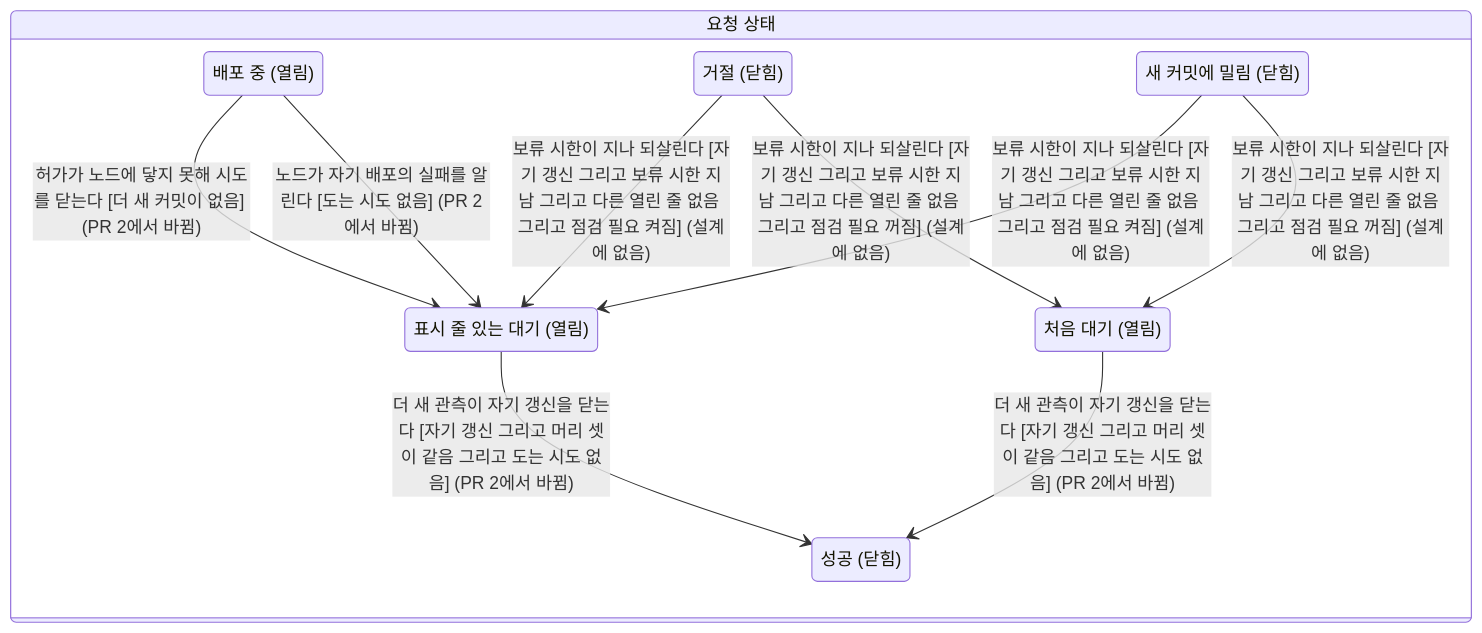
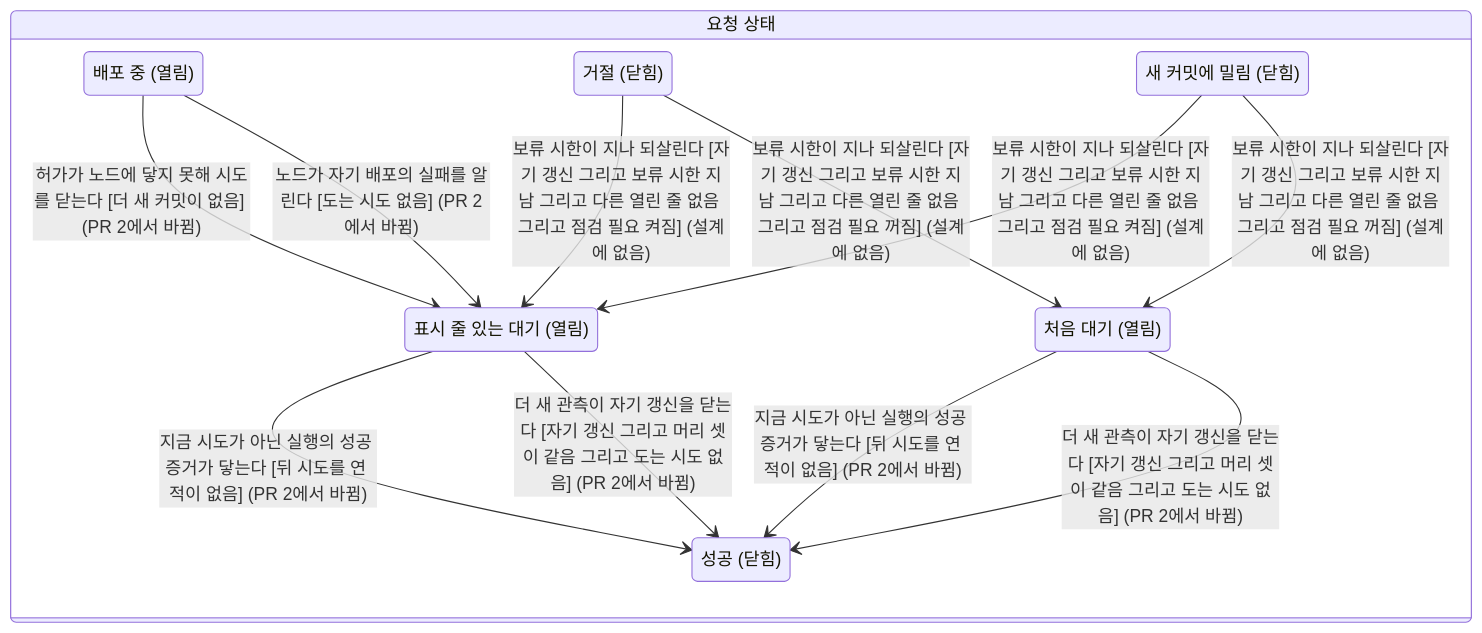
The diagram in docs/deploy-state/generated/request-divergence.mmd (eiaserinnys/Haniel), drawn with Mermaid before and after one commit. The commit also changed 41 other files, not shown here.

```diff
--- a/docs/deploy-state/generated/request-divergence.mmd
+++ b/docs/deploy-state/generated/request-divergence.mmd
@@ -1,20 +1,22 @@
 stateDiagram-v2
     direction TB
     classDef breaks fill:#ffecee,stroke:#e72e3b
     classDef notInDesign fill:#fff3e6,stroke:#e8730c
     state "요청 상태" as status {
         pending: 처음 대기 (열림)
         retry: 표시 줄 있는 대기 (열림)
         success: 성공 (닫힘)
         deploying: 배포 중 (열림)
         rejected: 거절 (닫힘)
         superseded: 새 커밋에 밀림 (닫힘)
+        pending --> success: 지금 시도가 아닌 실행의 성공 증거가 닿는다 [뒤 시도를 연 적이 없음] (PR 2에서 바뀜)
         pending --> success: 더 새 관측이 자기 갱신을 닫는다 [자기 갱신 그리고 머리 셋이 같음 그리고 도는 시도 없음] (PR 2에서 바뀜)
+        retry --> success: 지금 시도가 아닌 실행의 성공 증거가 닿는다 [뒤 시도를 연 적이 없음] (PR 2에서 바뀜)
         retry --> success: 더 새 관측이 자기 갱신을 닫는다 [자기 갱신 그리고 머리 셋이 같음 그리고 도는 시도 없음] (PR 2에서 바뀜)
         deploying --> retry: 허가가 노드에 닿지 못해 시도를 닫는다 [더 새 커밋이 없음] (PR 2에서 바뀜)
         deploying --> retry: 노드가 자기 배포의 실패를 알린다 [도는 시도 없음] (PR 2에서 바뀜)
         rejected --> retry: 보류 시한이 지나 되살린다 [자기 갱신 그리고 보류 시한 지남 그리고 다른 열린 줄 없음 그리고 점검 필요 켜짐] (설계에 없음)
         rejected --> pending: 보류 시한이 지나 되살린다 [자기 갱신 그리고 보류 시한 지남 그리고 다른 열린 줄 없음 그리고 점검 필요 꺼짐] (설계에 없음)
         superseded --> retry: 보류 시한이 지나 되살린다 [자기 갱신 그리고 보류 시한 지남 그리고 다른 열린 줄 없음 그리고 점검 필요 켜짐] (설계에 없음)
         superseded --> pending: 보류 시한이 지나 되살린다 [자기 갱신 그리고 보류 시한 지남 그리고 다른 열린 줄 없음 그리고 점검 필요 꺼짐] (설계에 없음)
     }
```
